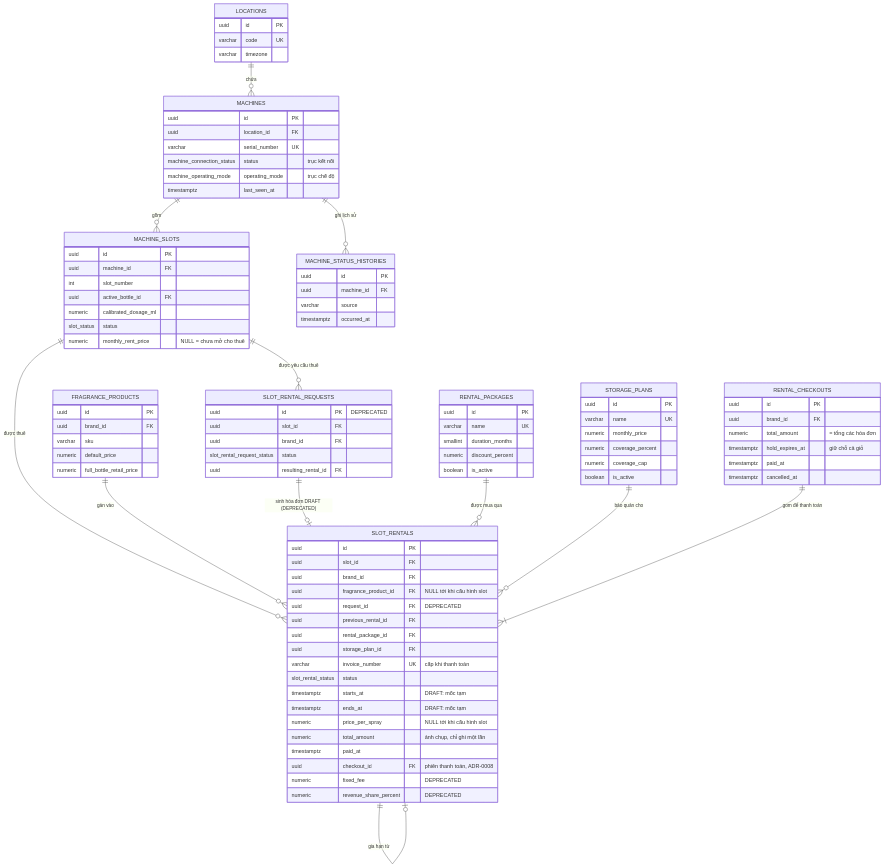
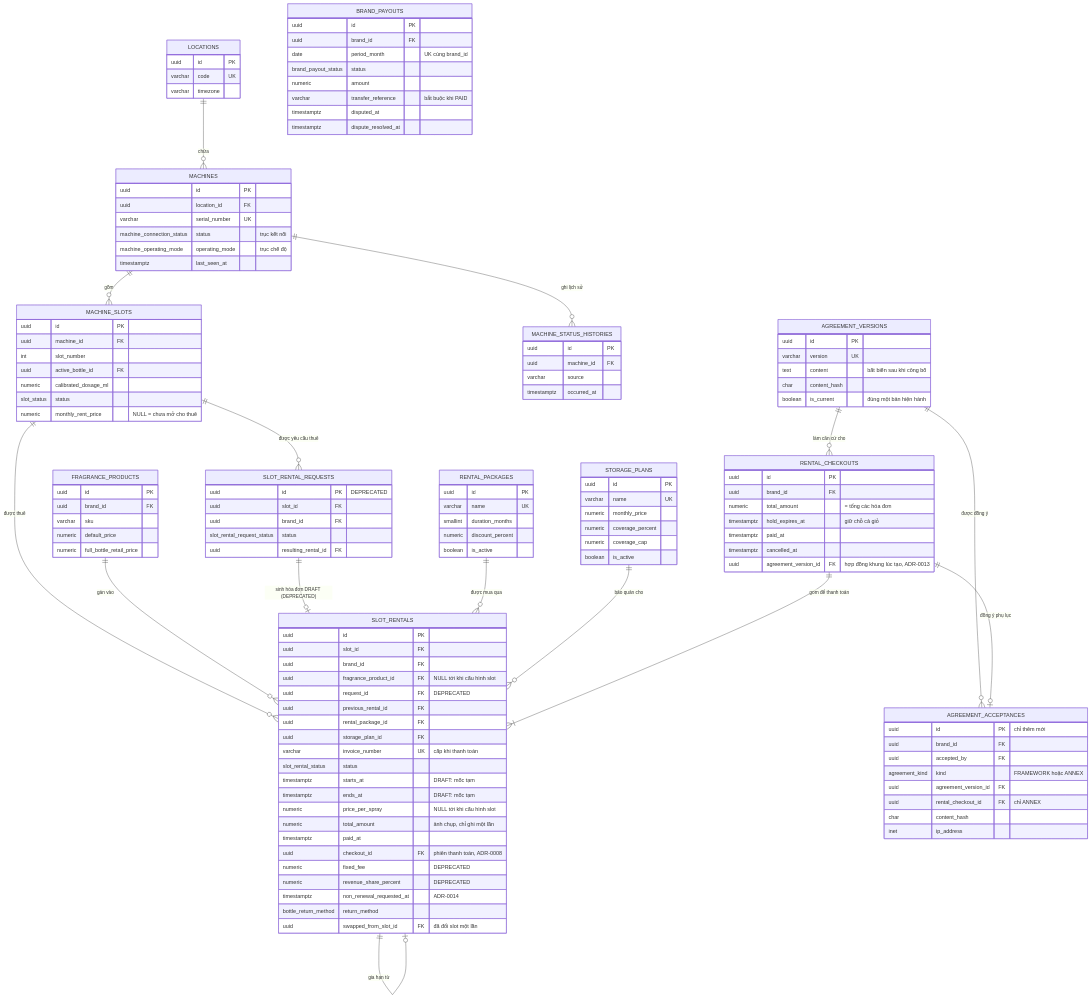
The third of 7 diagrams in spec/contracts/erd.md (nhax-work/Muti-Brand_PerfumeIOT), drawn with Mermaid before and after one commit. The commit also changed other lines of this file and 19 other files, not shown here.

````diff
--- a/spec/contracts/erd.md
+++ b/spec/contracts/erd.md
@@ -187,6 +207,9 @@
         uuid checkout_id FK "phiên thanh toán, ADR-0008"
         numeric fixed_fee "DEPRECATED"
         numeric revenue_share_percent "DEPRECATED"
+        timestamptz non_renewal_requested_at "ADR-0014"
+        bottle_return_method return_method
+        uuid swapped_from_slot_id FK "đã đổi slot một lần"
     }
     RENTAL_CHECKOUTS {
         uuid id PK
@@ -195,6 +218,34 @@
         timestamptz hold_expires_at "giữ chỗ cả giỏ"
         timestamptz paid_at
         timestamptz cancelled_at
+        uuid agreement_version_id FK "hợp đồng khung lúc tạo, ADR-0013"
+    }
+    AGREEMENT_VERSIONS {
+        uuid id PK
+        varchar version UK
+        text content "bất biến sau khi công bố"
+        char content_hash
+        boolean is_current "đúng một bản hiện hành"
+    }
+    AGREEMENT_ACCEPTANCES {
+        uuid id PK "chỉ thêm mới"
+        uuid brand_id FK
+        uuid accepted_by FK
+        agreement_kind kind "FRAMEWORK hoặc ANNEX"
+        uuid agreement_version_id FK
+        uuid rental_checkout_id FK "chỉ ANNEX"
+        char content_hash
+        inet ip_address
+    }
+    BRAND_PAYOUTS {
+        uuid id PK
+        uuid brand_id FK
+        date period_month "UK cùng brand_id"
+        brand_payout_status status
+        numeric amount
+        varchar transfer_reference "bắt buộc khi PAID"
+        timestamptz disputed_at
+        timestamptz dispute_resolved_at
     }
     RENTAL_PACKAGES {
         uuid id PK
@@ -230,4 +281,7 @@
     RENTAL_PACKAGES ||--o{ SLOT_RENTALS : "được mua qua"
     STORAGE_PLANS ||--o{ SLOT_RENTALS : "bảo quản cho"
     RENTAL_CHECKOUTS ||--|{ SLOT_RENTALS : "gom để thanh toán"
+    AGREEMENT_VERSIONS ||--o{ AGREEMENT_ACCEPTANCES : "được đồng ý"
+    AGREEMENT_VERSIONS ||--o{ RENTAL_CHECKOUTS : "làm căn cứ cho"
+    RENTAL_CHECKOUTS ||--o| AGREEMENT_ACCEPTANCES : "đồng ý phụ lục"
 ```
````
